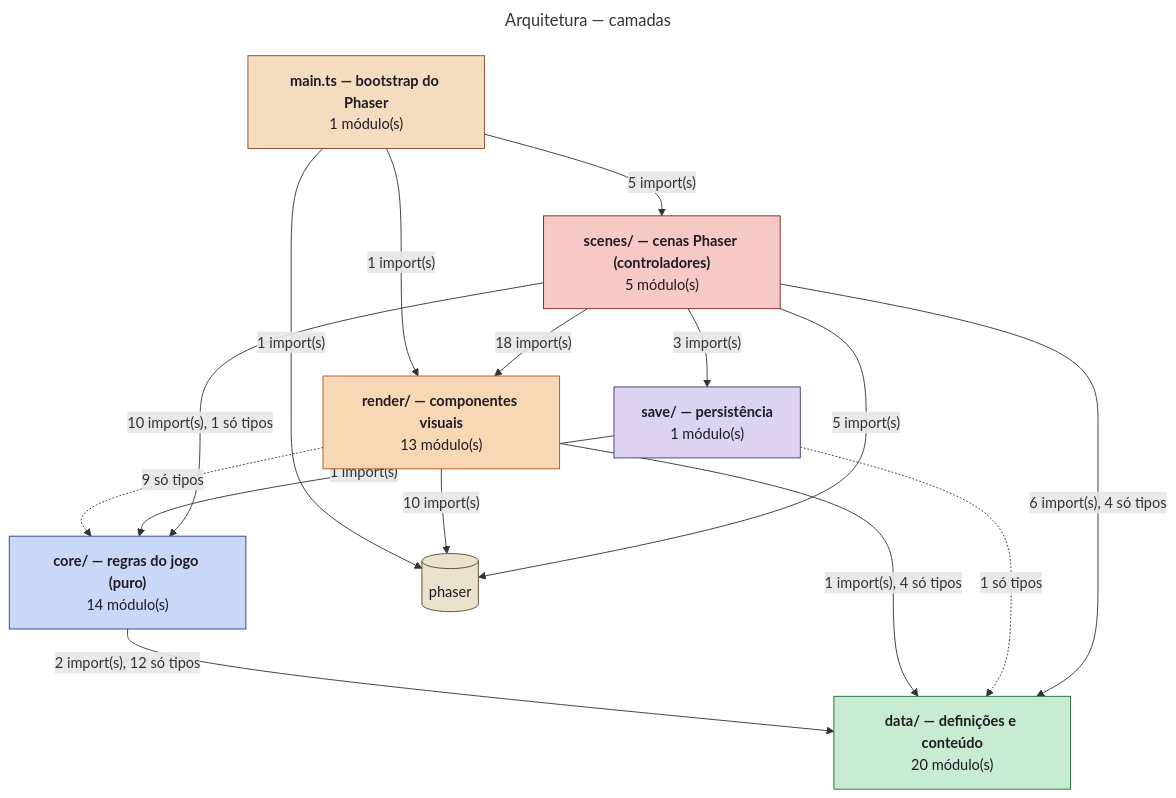
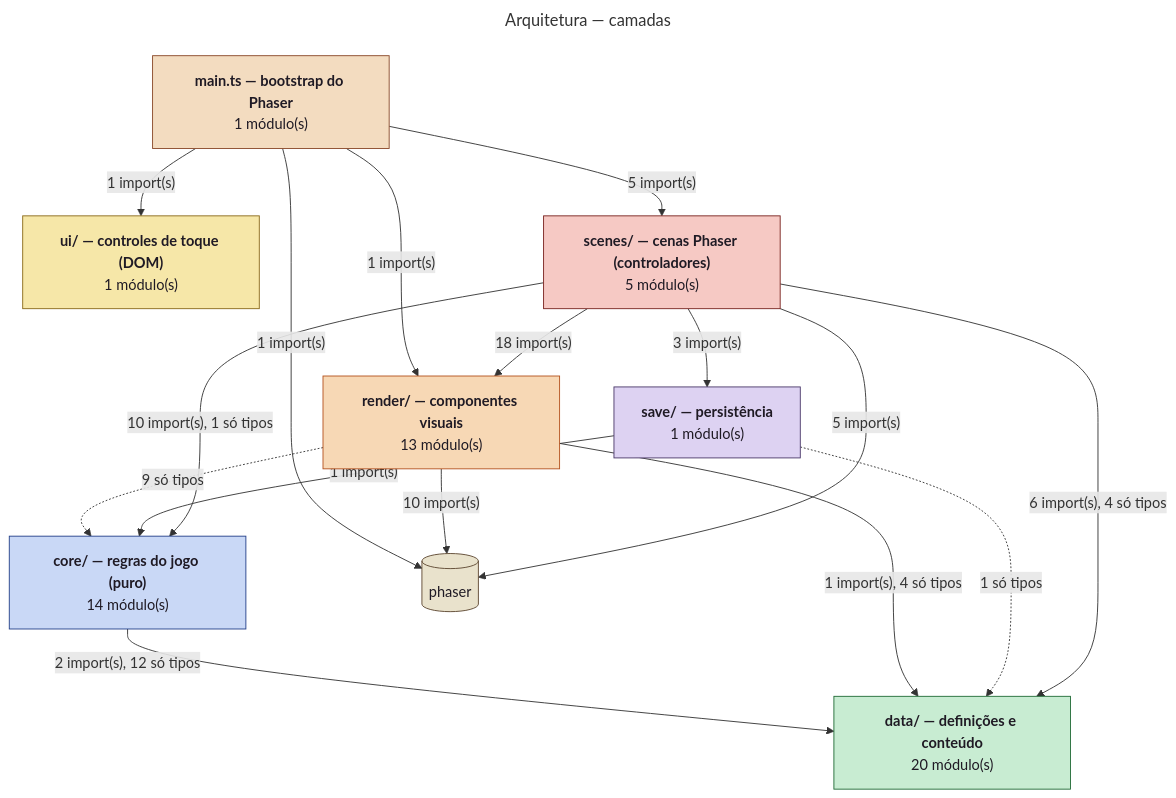
Before and after one commit to Pitossomos/fire-crest: the first of 2 diagrams in docs/diagrams/architecture.md, drawn with Mermaid. The commit also changed other lines of this file and 11 other files, not shown here.

````diff
--- a/docs/diagrams/architecture.md
+++ b/docs/diagrams/architecture.md
@@ -11,34 +11,37 @@
 ```mermaid
 ---
 title: Arquitetura — camadas
 ---
 flowchart TB
   app["<b>main.ts — bootstrap do Phaser</b><br/>1 módulo(s)"]:::layer_app
+  ui["<b>ui/ — controles de toque (DOM)</b><br/>1 módulo(s)"]:::layer_ui
   scenes["<b>scenes/ — cenas Phaser (controladores)</b><br/>5 módulo(s)"]:::layer_scenes
   render["<b>render/ — componentes visuais</b><br/>13 módulo(s)"]:::layer_render
   core["<b>core/ — regras do jogo (puro)</b><br/>14 módulo(s)"]:::layer_core
   data["<b>data/ — definições e conteúdo</b><br/>20 módulo(s)"]:::layer_data
   save["<b>save/ — persistência</b><br/>1 módulo(s)"]:::layer_save
   ext_phaser[("phaser")]:::external
   app -->|"1 import(s)"| ext_phaser
   app -->|"1 import(s)"| render
   app -->|"5 import(s)"| scenes
+  app -->|"1 import(s)"| ui
   core -->|"2 import(s), 12 só tipos"| data
   render -.->|"9 só tipos"| core
   render -->|"1 import(s), 4 só tipos"| data
   render -->|"10 import(s)"| ext_phaser
   save -->|"1 import(s)"| core
   save -.->|"1 só tipos"| data
   scenes -->|"10 import(s), 1 só tipos"| core
   scenes -->|"6 import(s), 4 só tipos"| data
   scenes -->|"5 import(s)"| ext_phaser
   scenes -->|"18 import(s)"| render
   scenes -->|"3 import(s)"| save
   classDef external fill:#e9e2cc,stroke:#5c4630,color:#1f1a24
   classDef layer_app fill:#f3dcc0,stroke:#8a4a2a,color:#1f1a24
   classDef layer_scenes fill:#f6c9c4,stroke:#7a2420,color:#1f1a24
   classDef layer_render fill:#f7d8b5,stroke:#b4531f,color:#1f1a24
   classDef layer_core fill:#c9d8f6,stroke:#24418a,color:#1f1a24
   classDef layer_data fill:#c8ecd2,stroke:#226b37,color:#1f1a24
   classDef layer_save fill:#ddd2f2,stroke:#4b3a6b,color:#1f1a24
+  classDef layer_ui fill:#f6e7a8,stroke:#8a6a1a,color:#1f1a24
 ```
````
